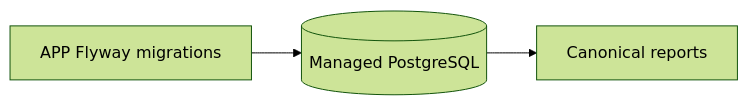
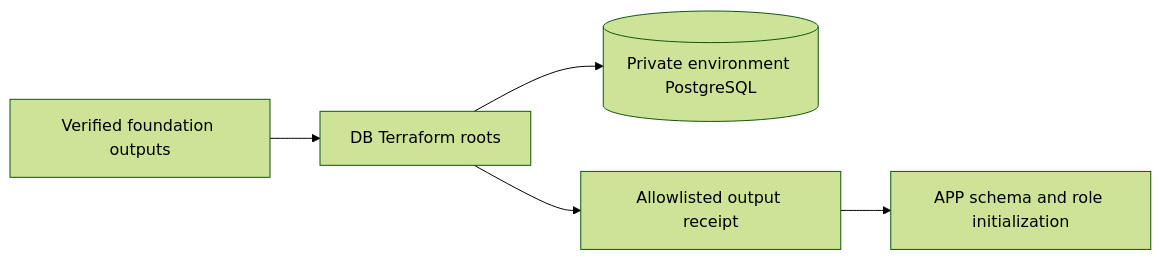
Before and after one commit to rafaelxvr/Tech-challenge-15SOAT-db-infra: the diagram in README.md, drawn with Mermaid (forest theme). The commit also changed other lines of this file and 53 other files, not shown here.

````diff
--- a/README.md
+++ b/README.md
@@ -5,5 +27,7 @@
 ```mermaid
 flowchart LR
-    APP[APP Flyway migrations] --> RDS[(Managed PostgreSQL)]
-    RDS --> Reports[Canonical reports]
+  Foundation[Verified foundation outputs] --> DB[DB Terraform roots]
+  DB --> RDS[(Private environment PostgreSQL)]
+  DB --> Receipt[Allowlisted output receipt]
+  Receipt --> APP[APP schema and role initialization]
 ```
````
